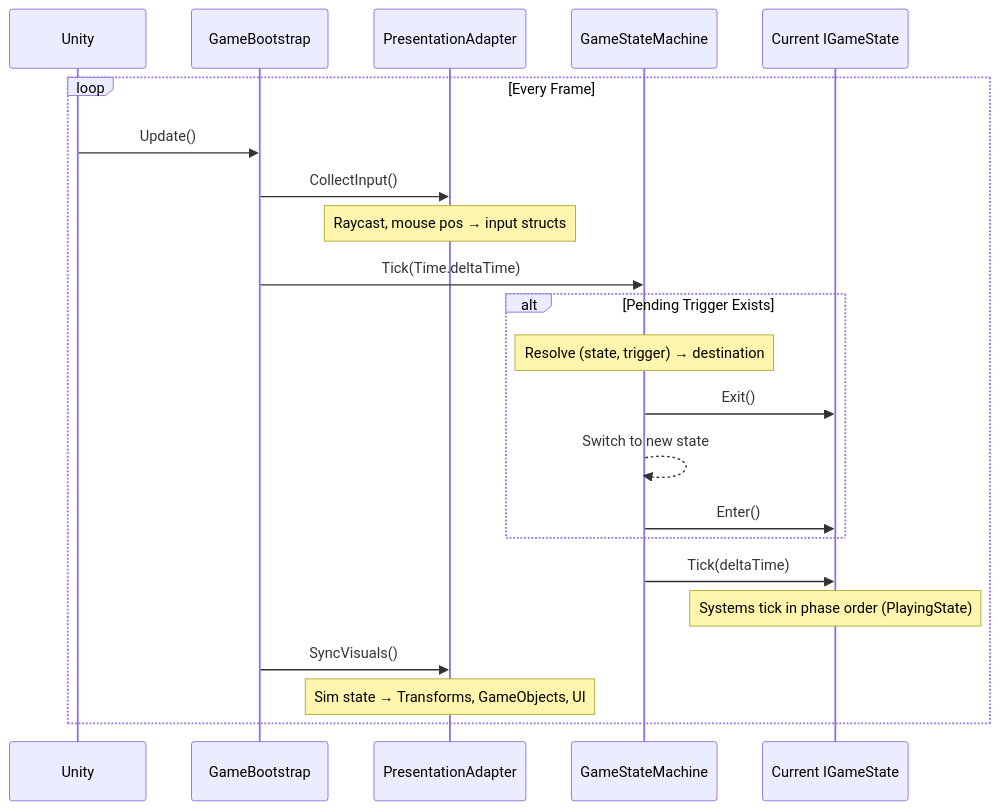
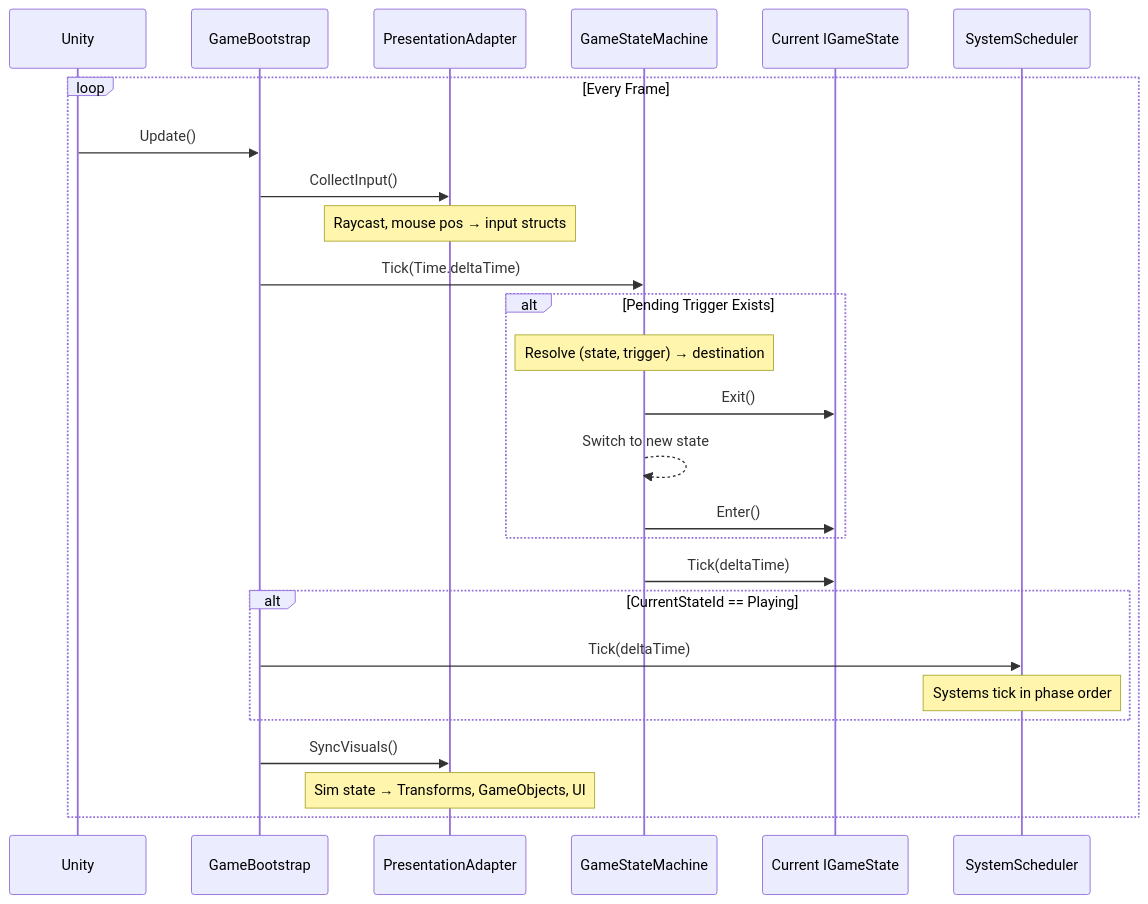
The fourth of 5 diagrams in Docs/Architecture-Diagrams.md (Number10Ox/MorlocsTowerDefense), drawn with Mermaid before and after one commit. The commit also changed other lines of this file and 52 other files, not shown here.

````diff
--- a/Docs/Architecture-Diagrams.md
+++ b/Docs/Architecture-Diagrams.md
@@ -195,30 +208,35 @@
 ```mermaid
 sequenceDiagram
     participant Unity
     participant Bootstrap as GameBootstrap
     participant Pres as PresentationAdapter
     participant SM as GameStateMachine
     participant State as Current IGameState
+    participant Sched as SystemScheduler
 
     loop Every Frame
         Unity->>Bootstrap: Update()
 
         Bootstrap->>Pres: CollectInput()
         Note over Pres: Raycast, mouse pos → input structs
 
         Bootstrap->>SM: Tick(Time.deltaTime)
 
         alt Pending Trigger Exists
             Note over SM: Resolve (state, trigger) → destination
             SM->>State: Exit()
             SM-->>SM: Switch to new state
             SM->>State: Enter()
         end
 
         SM->>State: Tick(deltaTime)
-        Note over State: Systems tick in phase order (PlayingState)
+
+        alt CurrentStateId == Playing
+            Bootstrap->>Sched: Tick(deltaTime)
+            Note over Sched: Systems tick in phase order
+        end
 
         Bootstrap->>Pres: SyncVisuals()
         Note over Pres: Sim state → Transforms, GameObjects, UI
     end
 ```
````
